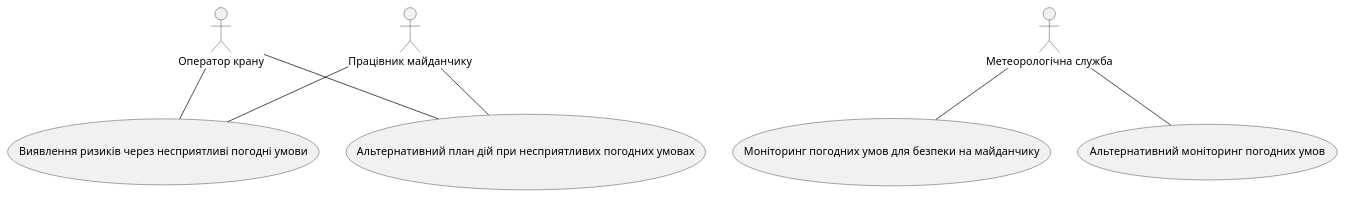
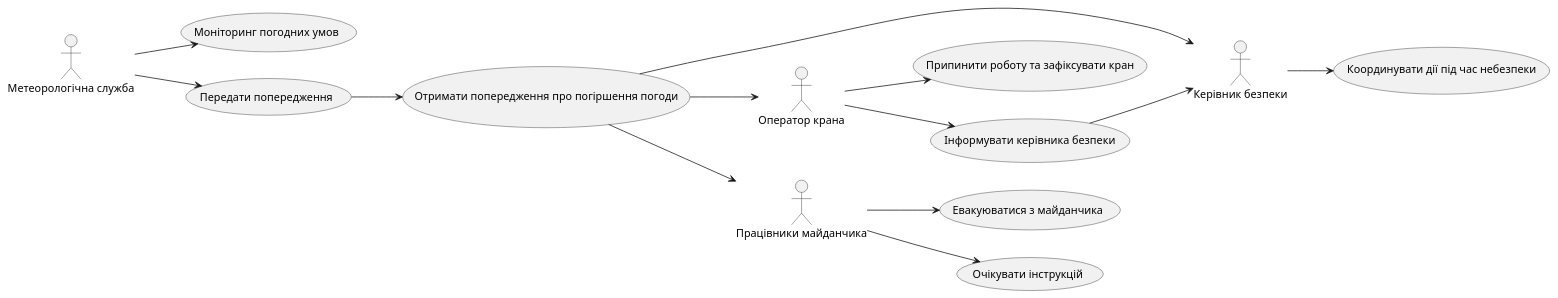
One commit to olgasolovei/subotin_2024 changed the diagram in 1-Requirements/1.2-UseCaseDiagram/README.md. Above: the diagram before and after it, drawn with PlantUML. The commit also changed 3 other files, not shown here.

```diff
--- a/1-Requirements/1.2-UseCaseDiagram/README.md
+++ b/1-Requirements/1.2-UseCaseDiagram/README.md
@@ -1,17 +1,35 @@
 @startuml
-actor "Оператор крану" as CraneOperator
-actor "Працівник майданчику" as SiteWorker
-actor "Метеорологічна служба" as WeatherService
+left to right direction
 
-usecase "Виявлення ризиків через несприятливі погодні умови" as RiskDetection
-usecase "Альтернативний план дій при несприятливих погодних умовах" as AltActionPlan
-usecase "Моніторинг погодних умов для безпеки на майданчику" as WeatherMonitoring
-usecase "Альтернативний моніторинг погодних умов" as AltMonitoring
+actor "Метеорологічна служба" as Meteorology
+actor "Керівник безпеки" as SafetyManager
+actor "Оператор крана" as Operator
+actor "Працівники майданчика" as Workers
 
-CraneOperator -- RiskDetection
-CraneOperator -- AltActionPlan
-SiteWorker -- RiskDetection
-SiteWorker -- AltActionPlan
-WeatherService -- WeatherMonitoring
-WeatherService -- AltMonitoring
+usecase "Моніторинг погодних умов" as MonitorWeather
+usecase "Передати попередження" as SendAlert
+usecase "Отримати попередження про погіршення погоди" as WeatherAlert
+usecase "Припинити роботу та зафіксувати кран" as StopWork
+usecase "Інформувати керівника безпеки" as InformSafetyManager
+usecase "Евакуюватися з майданчика" as Evacuate
+usecase "Очікувати інструкцій" as AwaitInstructions
+usecase "Координувати дії під час небезпеки" as CoordinateActions
+
+Meteorology --> MonitorWeather
+Meteorology --> SendAlert
+SendAlert --> WeatherAlert 
+
+WeatherAlert --> Operator 
+WeatherAlert --> Workers 
+WeatherAlert --> SafetyManager
+
+Operator --> StopWork
+Operator --> InformSafetyManager
+InformSafetyManager --> SafetyManager
+
+Workers --> Evacuate
+Workers --> AwaitInstructions
+
+SafetyManager --> CoordinateActions
+
 @enduml
```
